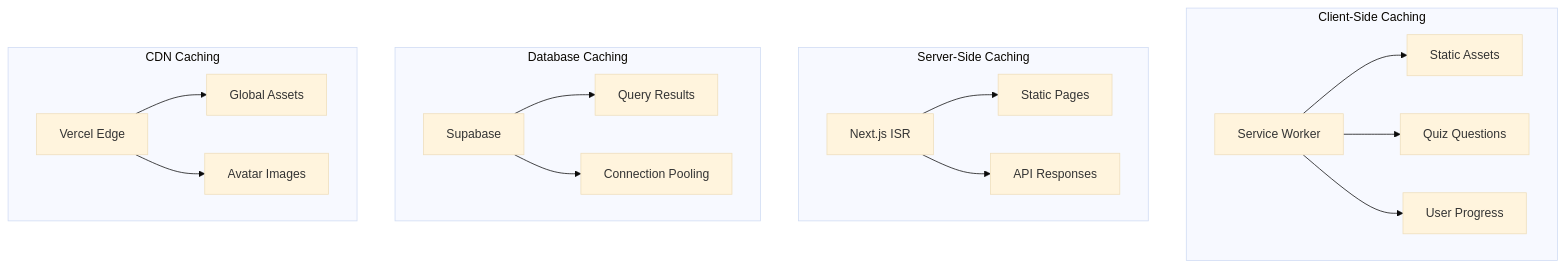
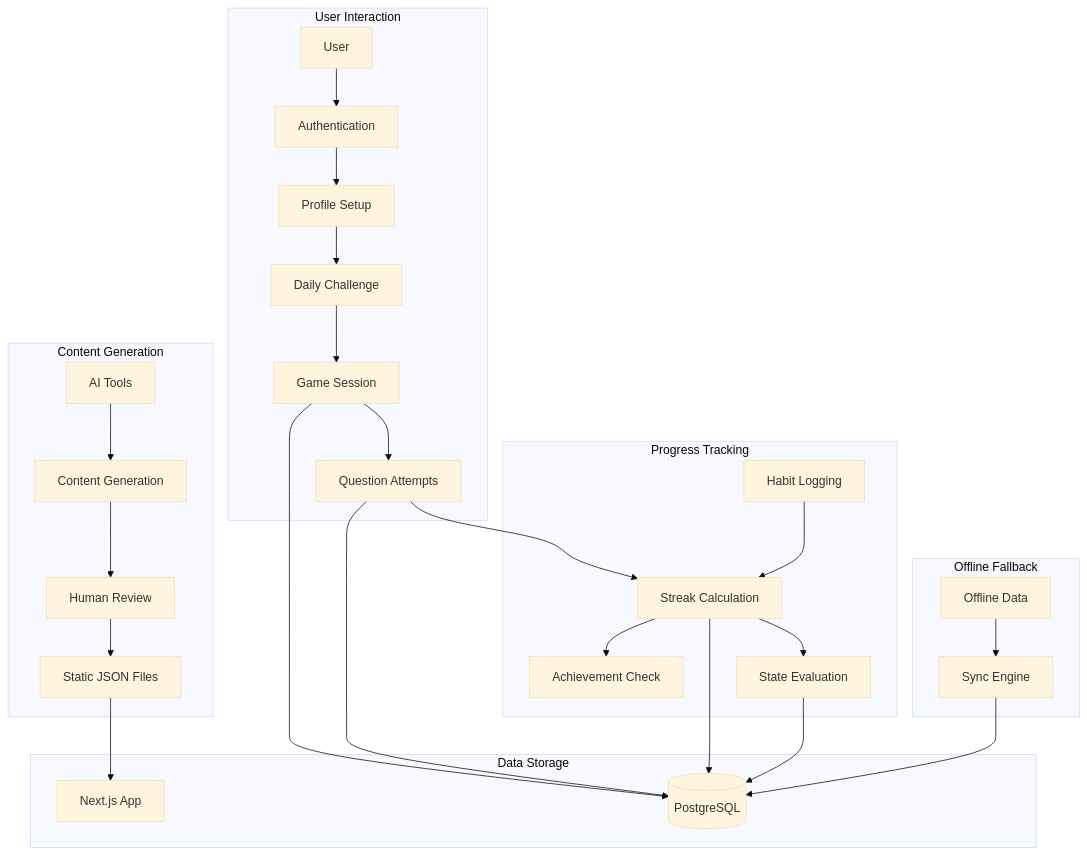
The second of 2 diagrams in game/design/architecture.md (midearth-labs/fit-journey), drawn with Mermaid (base theme) before and after one commit. The commit also changed other lines of this file and 3 other files, not shown here.

Commit message:
Generating architecture documents

````diff
--- a/game/design/architecture.md
+++ b/game/design/architecture.md
@@ -330,23 +169,36 @@
 ```mermaid
-graph TB
-    subgraph "Client-Side Caching"
-        A[Service Worker] --> B[Static Assets]
-        A --> C[Quiz Questions]
-        A --> D[User Progress]
+flowchart TD
+    subgraph "Content Generation"
+        AI[AI Tools] --> ContentGen[Content Generation]
+        ContentGen --> Validation[Human Review]
+        Validation --> StaticJSON[Static JSON Files]
     end
     
-    subgraph "Server-Side Caching"
-        E[Next.js ISR] --> F[Static Pages]
-        E --> G[API Responses]
+    subgraph "User Interaction"
+        User[User] --> Auth[Authentication]
+        Auth --> Profile[Profile Setup]
+        Profile --> DailyChallenge[Daily Challenge]
+        DailyChallenge --> GameSession[Game Session]
+        GameSession --> QuestionAttempt[Question Attempts]
     end
     
-    subgraph "Database Caching"
-        H[Supabase] --> I[Query Results]
-        H --> J[Connection Pooling]
+    subgraph "Progress Tracking"
+        QuestionAttempt --> StreakCalc[Streak Calculation]
+        HabitLog[Habit Logging] --> StreakCalc
+        StreakCalc --> AchievementCheck[Achievement Check]
+        StreakCalc --> StateEval[State Evaluation]
     end
     
-    subgraph "CDN Caching"
-        K[Vercel Edge] --> L[Global Assets]
-        K --> M[Avatar Images]
+    subgraph "Data Storage"
+        StaticJSON --> NextJS[Next.js App]
+        GameSession --> PostgreSQL[(PostgreSQL)]
+        QuestionAttempt --> PostgreSQL
+        StreakCalc --> PostgreSQL
+        StateEval --> PostgreSQL
+    end
+    
+    subgraph "Offline Fallback"
+        OfflineData[Offline Data] --> Sync[Sync Engine]
+        Sync --> PostgreSQL
     end
 ```
````
